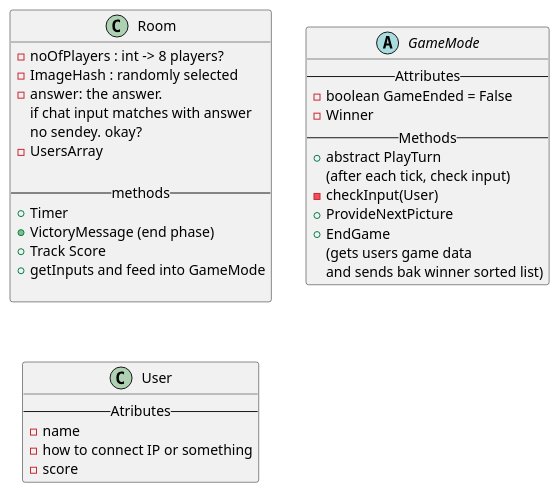
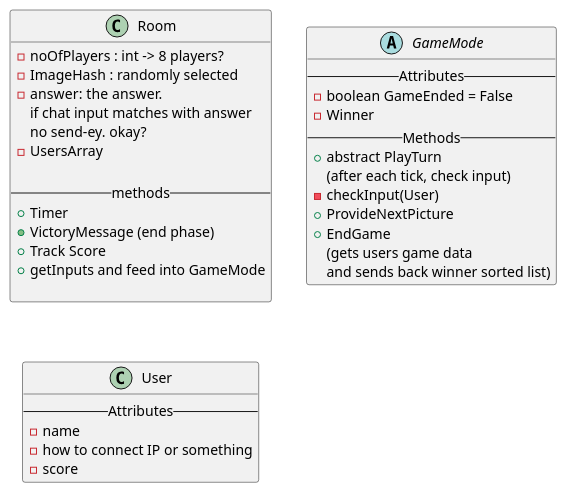
One commit to yashdwivedi/mavenproject1 changed the diagram in Flowcharts/ClassDiagram.pu. Above: the diagram before and after it, drawn with PlantUML. The commit also changed 1 other file, not shown here.

```diff
--- a/Flowcharts/ClassDiagram.pu
+++ b/Flowcharts/ClassDiagram.pu
@@ -1,44 +1,44 @@
 @startuml
 class Room{
     - noOfPlayers : int -> 8 players?
     - ImageHash : randomly selected
     - answer: the answer.
         if chat input matches with answer
-        no sendey. okay?
+        no send-ey. okay?
     - UsersArray
 
     -- methods --
     + Timer
     + VictoryMessage (end phase)
     + Track Score
     + getInputs and feed into GameMode
 
 }
 abstract class GameMode {
     -- Attributes --
     - boolean GameEnded = False
     - Winner
     -- Methods --
     + abstract PlayTurn 
     (after each tick, check input)
     - checkInput(User)
     + ProvideNextPicture
     + EndGame 
     (gets users game data 
-    and sends bak winner sorted list)
+    and sends back winner sorted list)
 }
 class User {
-    -- Atributes --
+    -- Attributes --
     - name
     - how to connect IP or something
     - score
 }
 ' note left of GameMode::PlayTurn
 ' Processing the input from user....
 ' endnote
 ' note left of GameMode::InputPhase
 ' Server takes Data Packet 
 ' Introduction of TickRate
 ' Stores it in Server queue
 ' endnote 
 @enduml
```
